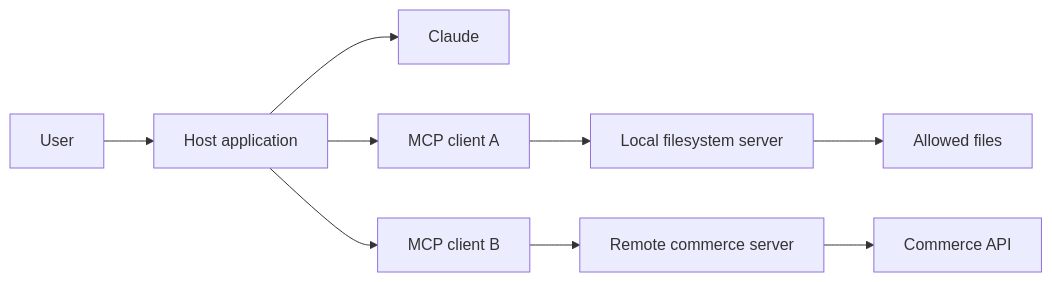
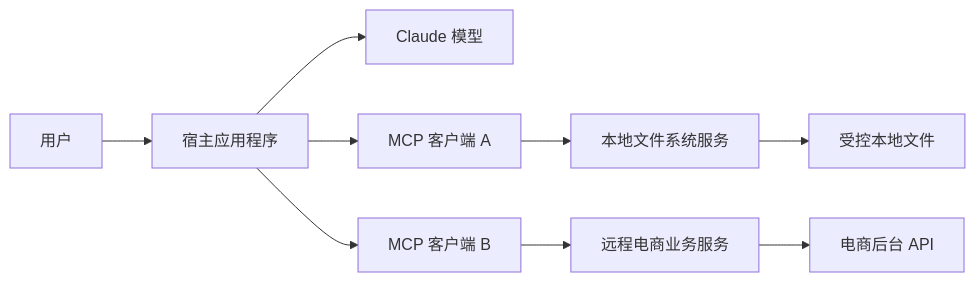
One commit to cluster1900/ai-engineering-from-scratch-zh changed the first of 3 diagrams in certifications/claude/lessons/11-mcp-server-design-and-integration/docs/en.md. Above: the diagram before and after it, drawn with Mermaid. The commit also changed other lines of this file and 187 other files, not shown here.

````diff
--- a/certifications/claude/lessons/11-mcp-server-design-and-integration/docs/en.md
+++ b/certifications/claude/lessons/11-mcp-server-design-and-integration/docs/en.md
@@ -37,11 +39,11 @@
 ```mermaid
 flowchart LR
-    User[User] --> Host[Host application]
-    Host --> Model[Claude]
-    Host --> ClientA[MCP client A]
-    Host --> ClientB[MCP client B]
-    ClientA --> ServerA[Local filesystem server]
-    ClientB --> ServerB[Remote commerce server]
-    ServerA --> Files[Allowed files]
-    ServerB --> API[Commerce API]
+    User[用户] --> Host[宿主应用程序]
+    Host --> Model[Claude 模型]
+    Host --> ClientA[MCP 客户端 A]
+    Host --> ClientB[MCP 客户端 B]
+    ClientA --> ServerA[本地文件系统服务]
+    ClientB --> ServerB[远程电商业务服务]
+    ServerA --> Files[受控本地文件]
+    ServerB --> API[电商后台 API]
 ```
````
